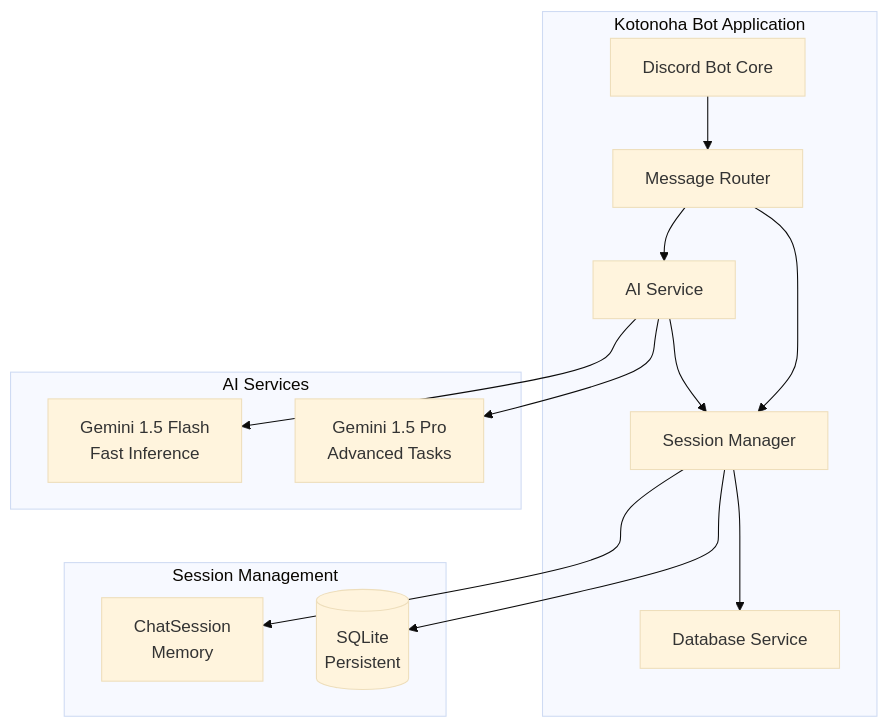
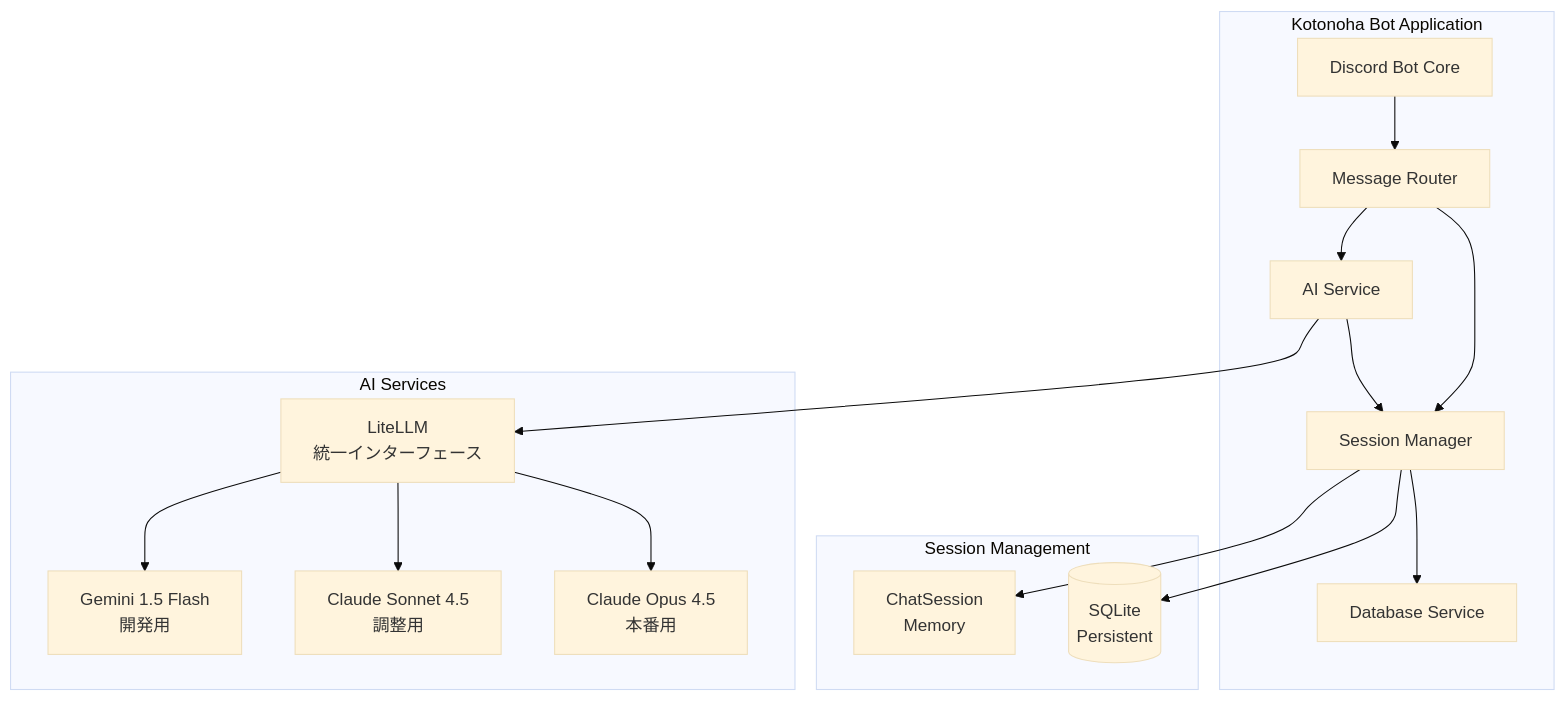
One commit to fluxrozin/kotonoha-bot changed the second of 3 diagrams in docs/architecture/system-architecture.md. Above: the diagram before and after it, drawn with Mermaid (base theme). The commit also changed other lines of this file and 14 other files, not shown here.

First line of the commit message:
Add environment configuration and update documentation for LiteLLM integration

````diff
--- a/docs/architecture/system-architecture.md
+++ b/docs/architecture/system-architecture.md
@@ -50,30 +52,34 @@
 ```mermaid
 graph TB
     subgraph "Kotonoha Bot Application"
         Bot[Discord Bot Core]
         Router[Message Router]
         SessionMgr[Session Manager]
         AIService[AI Service]
         DBService[Database Service]
 
         Bot --> Router
         Router --> SessionMgr
         Router --> AIService
         SessionMgr --> DBService
         AIService --> SessionMgr
     end
 
     subgraph "Session Management"
         MemSession[ChatSession<br/>Memory]
         SQLiteDB[(SQLite<br/>Persistent)]
         SessionMgr --> MemSession
         SessionMgr --> SQLiteDB
     end
 
     subgraph "AI Services"
-        GeminiFlash[Gemini 1.5 Flash<br/>Fast Inference]
-        GeminiPro[Gemini 1.5 Pro<br/>Advanced Tasks]
-        AIService --> GeminiFlash
-        AIService --> GeminiPro
+        LiteLLM[LiteLLM<br/>統一インターフェース]
+        Gemini[Gemini 1.5 Flash<br/>開発用]
+        ClaudeSonnet[Claude Sonnet 4.5<br/>調整用]
+        ClaudeOpus[Claude Opus 4.5<br/>本番用]
+        AIService --> LiteLLM
+        LiteLLM --> Gemini
+        LiteLLM --> ClaudeSonnet
+        LiteLLM --> ClaudeOpus
     end
 ```
````
